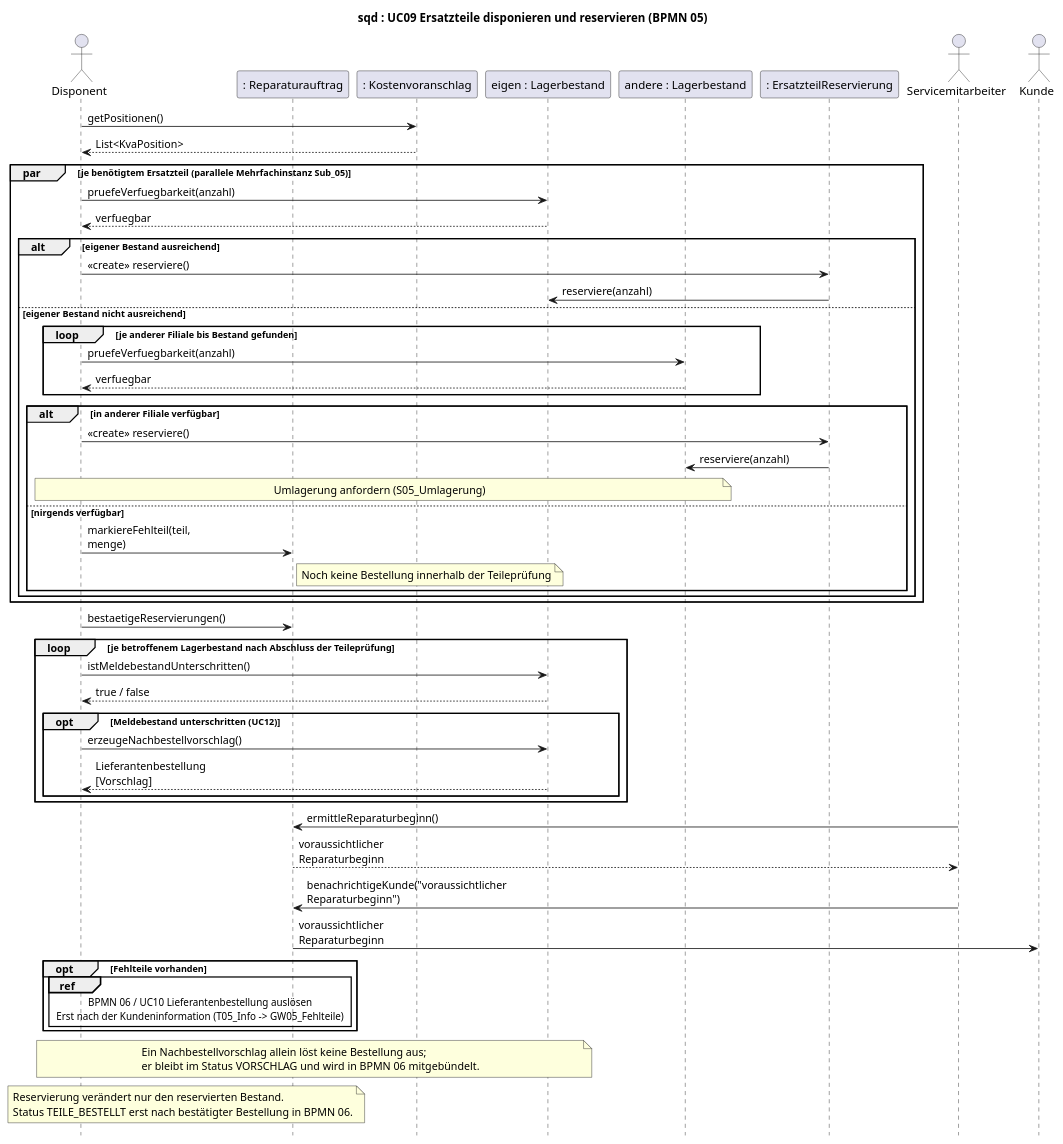
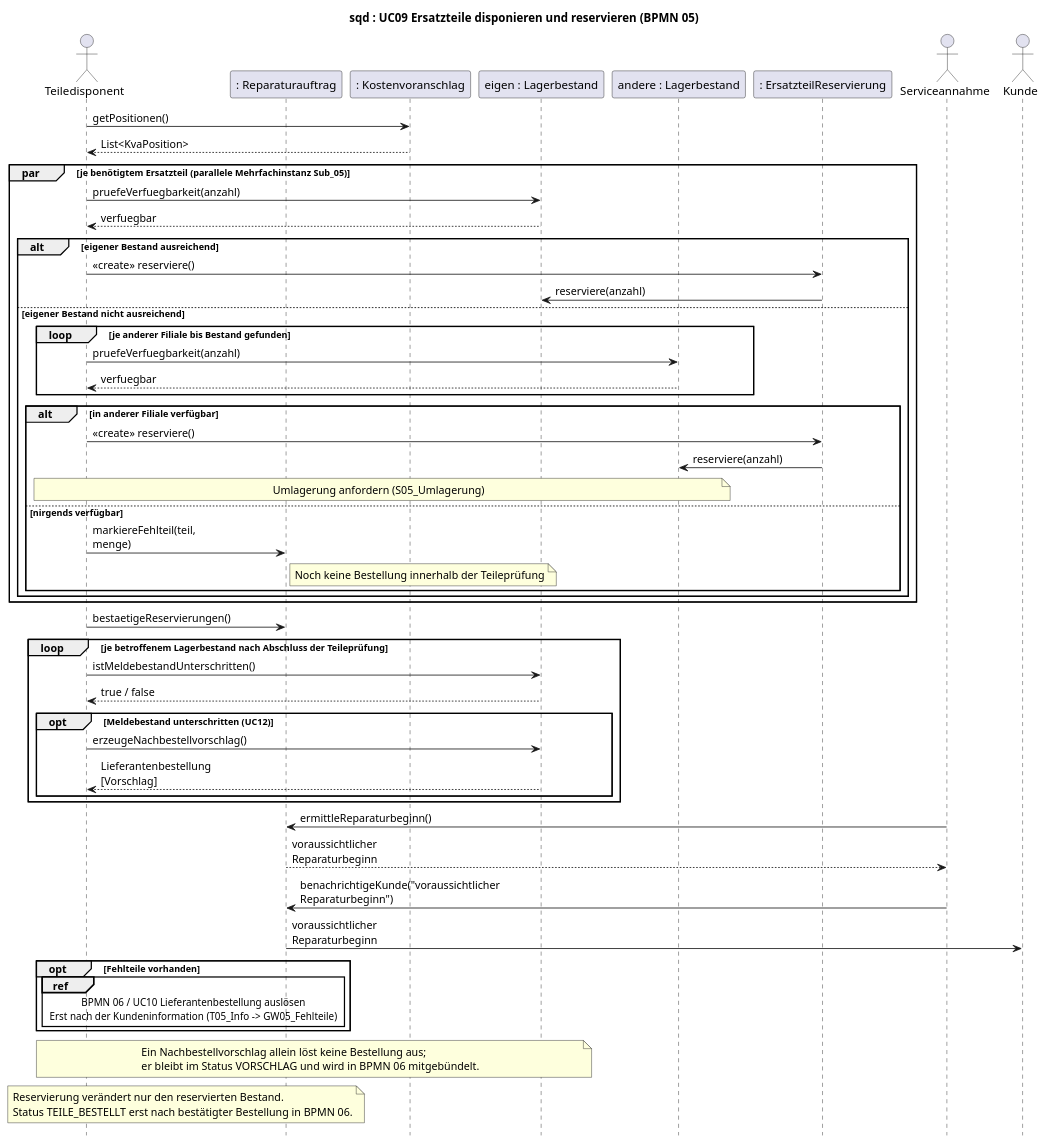
The diagram in 2_uml/entwurf-plantuml/sequenz-03-reservierung.puml (jakobschwan123-cmd/casestudy-semester-3), drawn with PlantUML before and after one commit. The commit also changed 28 other files, not shown here.

```diff
--- a/2_uml/entwurf-plantuml/sequenz-03-reservierung.puml
+++ b/2_uml/entwurf-plantuml/sequenz-03-reservierung.puml
@@ -1,60 +1,60 @@
 @startuml
 ' BPMN: p05-ersatzteilreservierung.bpmn
 ' BPMN-Nodes: T05_Teileliste Sub_05 S05_Eigen GW05_Eigen S05_Reservieren S05_Andere GW05_Andere S05_ResAndere S05_Umlagerung S05_Fehlteil T05_Bestaetigen T05_Meldebestand GW05_Meldebestand T05_Nachbestellung T05_Beginn T05_Info GW05_Fehlteile T05_Bestellen
 title sqd : UC09 Ersatzteile disponieren und reservieren (BPMN 05)
 skinparam defaultFontName Arial
 skinparam sequenceMessageAlign left
 skinparam maxMessageSize 160
 hide footbox
 
-actor Disponent
+actor Teiledisponent as Disponent
 participant ": Reparaturauftrag" as RA
 participant ": Kostenvoranschlag" as KVA
 participant "eigen : Lagerbestand" as LB
 participant "andere : Lagerbestand" as AL
 participant ": ErsatzteilReservierung" as RES
-actor Servicemitarbeiter as SM
+actor Serviceannahme as SM
 actor Kunde
 
 Disponent -> KVA : getPositionen()
 KVA --> Disponent : List<KvaPosition>
 par je benötigtem Ersatzteil (parallele Mehrfachinstanz Sub_05)
     Disponent -> LB : pruefeVerfuegbarkeit(anzahl)
     LB --> Disponent : verfuegbar
     alt eigener Bestand ausreichend
         Disponent -> RES : <<create>> reserviere()
         RES -> LB : reserviere(anzahl)
     else eigener Bestand nicht ausreichend
         loop je anderer Filiale bis Bestand gefunden
             Disponent -> AL : pruefeVerfuegbarkeit(anzahl)
             AL --> Disponent : verfuegbar
         end
         alt in anderer Filiale verfügbar
             Disponent -> RES : <<create>> reserviere()
             RES -> AL : reserviere(anzahl)
             note over Disponent, AL : Umlagerung anfordern (S05_Umlagerung)
         else nirgends verfügbar
             Disponent -> RA : markiereFehlteil(teil, menge)
             note right of RA : Noch keine Bestellung innerhalb der Teileprüfung
         end
     end
 end
 Disponent -> RA : bestaetigeReservierungen()
 loop je betroffenem Lagerbestand nach Abschluss der Teileprüfung
     Disponent -> LB : istMeldebestandUnterschritten()
     LB --> Disponent : true / false
     opt Meldebestand unterschritten (UC12)
         Disponent -> LB : erzeugeNachbestellvorschlag()
         LB --> Disponent : Lieferantenbestellung [Vorschlag]
     end
 end
 SM -> RA : ermittleReparaturbeginn()
 RA --> SM : voraussichtlicher Reparaturbeginn
 SM -> RA : benachrichtigeKunde("voraussichtlicher Reparaturbeginn")
 RA -> Kunde : voraussichtlicher Reparaturbeginn
 opt Fehlteile vorhanden
     ref over Disponent, RA : BPMN 06 / UC10 Lieferantenbestellung auslösen\nErst nach der Kundeninformation (T05_Info -> GW05_Fehlteile)
 end
 note over Disponent, LB : Ein Nachbestellvorschlag allein löst keine Bestellung aus;\ner bleibt im Status VORSCHLAG und wird in BPMN 06 mitgebündelt.
 note over Disponent, RA : Reservierung verändert nur den reservierten Bestand.\nStatus TEILE_BESTELLT erst nach bestätigter Bestellung in BPMN 06.
 @enduml
```
